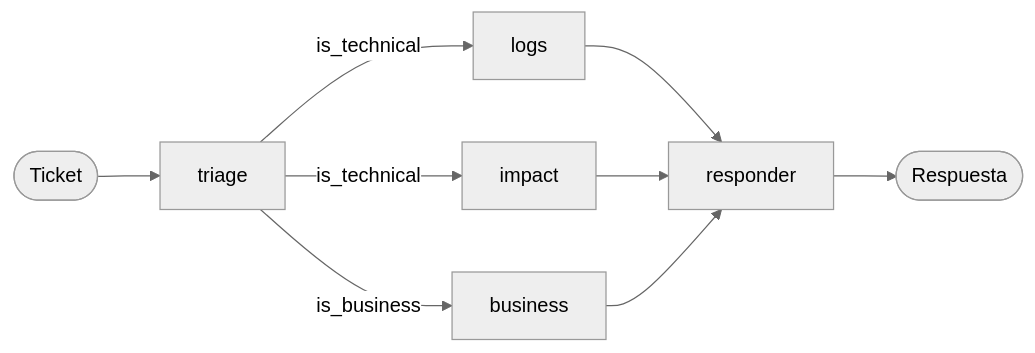
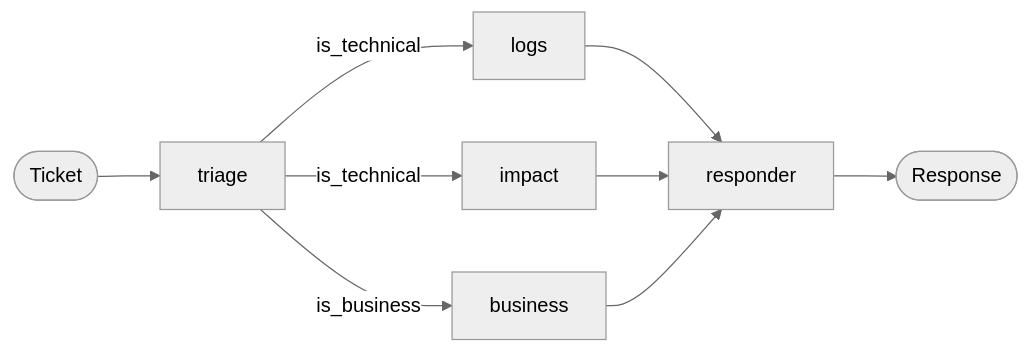
Before and after one commit to eider404/agent-architectures: the diagram in strands-agents/07-agent-graph/README.md, drawn with Mermaid (neutral theme). The commit also changed other lines of this file and 13 other files, not shown here.

````diff
--- a/strands-agents/07-agent-graph/README.md
+++ b/strands-agents/07-agent-graph/README.md
@@ -13,11 +14,11 @@
 ```mermaid
 flowchart LR
     U(["Ticket"]) --> T["triage"]
     T -->|"is_technical"| L["logs"]
     T -->|"is_technical"| I["impact"]
     T -->|"is_business"| B["business"]
     L --> R["responder"]
     I --> R
     B --> R
-    R --> A(["Respuesta"])
+    R --> A(["Response"])
 ```
````
